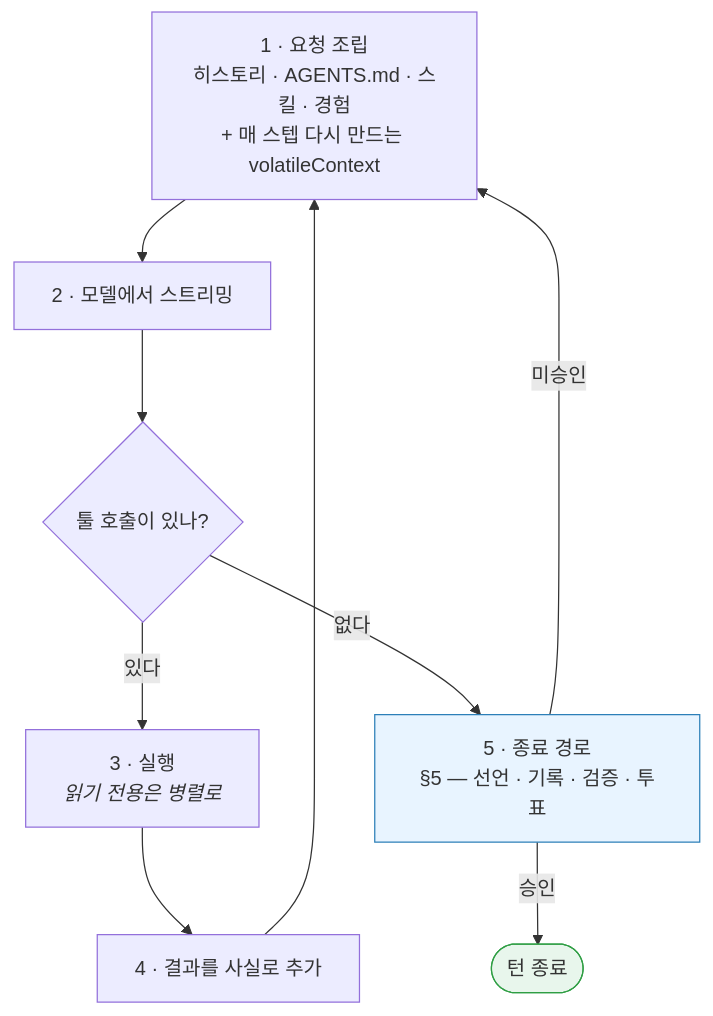
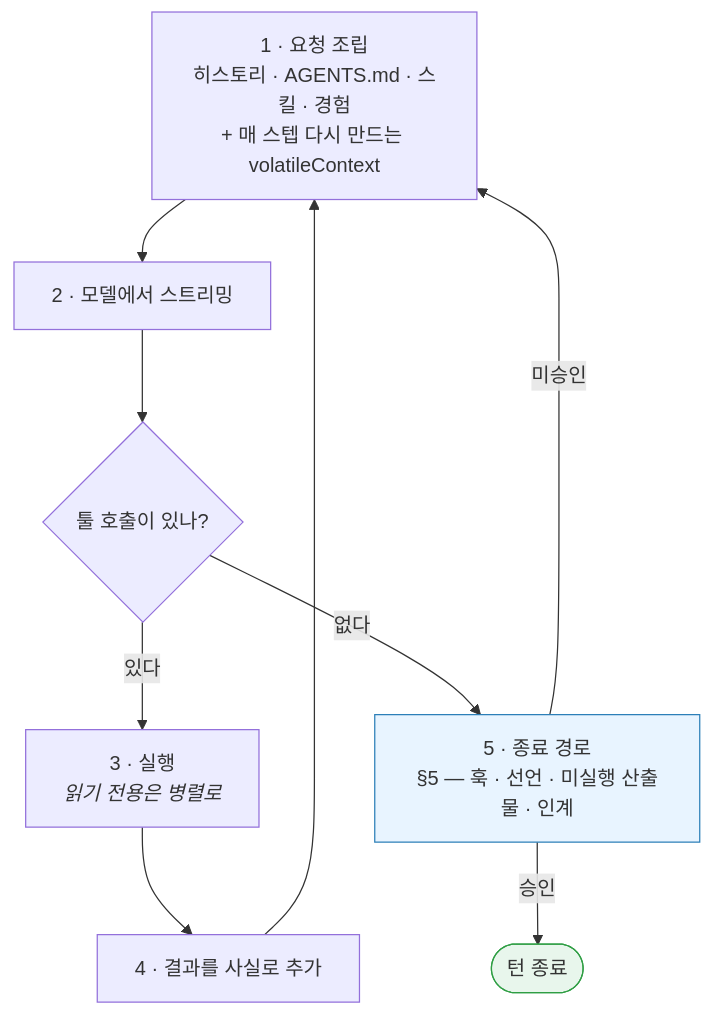
The fourth of 6 diagrams in docs/ARCHITECTURE.ko.md (sayaya1090/magi), drawn with Mermaid before and after one commit. The commit also changed other lines of this file and 15 other files, not shown here.

````diff
--- a/docs/ARCHITECTURE.ko.md
+++ b/docs/ARCHITECTURE.ko.md
@@ -475,12 +475,12 @@
 ```mermaid
 flowchart TD
     A[1 · 요청 조립<br/>히스토리 · AGENTS.md · 스킬 · 경험<br/>+ 매 스텝 다시 만드는 volatileContext] --> B[2 · 모델에서 스트리밍]
     B --> C{툴 호출이 있나?}
     C -->|있다| D[3 · 실행<br/><i>읽기 전용은 병렬로</i>] --> E[4 · 결과를 사실로 추가] --> A
-    C -->|없다| F[5 · 종료 경로<br/>§5 — 선언 · 기록 · 검증 · 투표]
+    C -->|없다| F[5 · 종료 경로<br/>§5 — 훅 · 선언 · 미실행 산출물 · 인계]
     F -->|미승인| A
     F -->|승인| G([턴 종료])
 
     style G fill:#e8f6ec,stroke:#2f9e44
     style F fill:#e8f4ff,stroke:#2c7fb8
 ```
````
